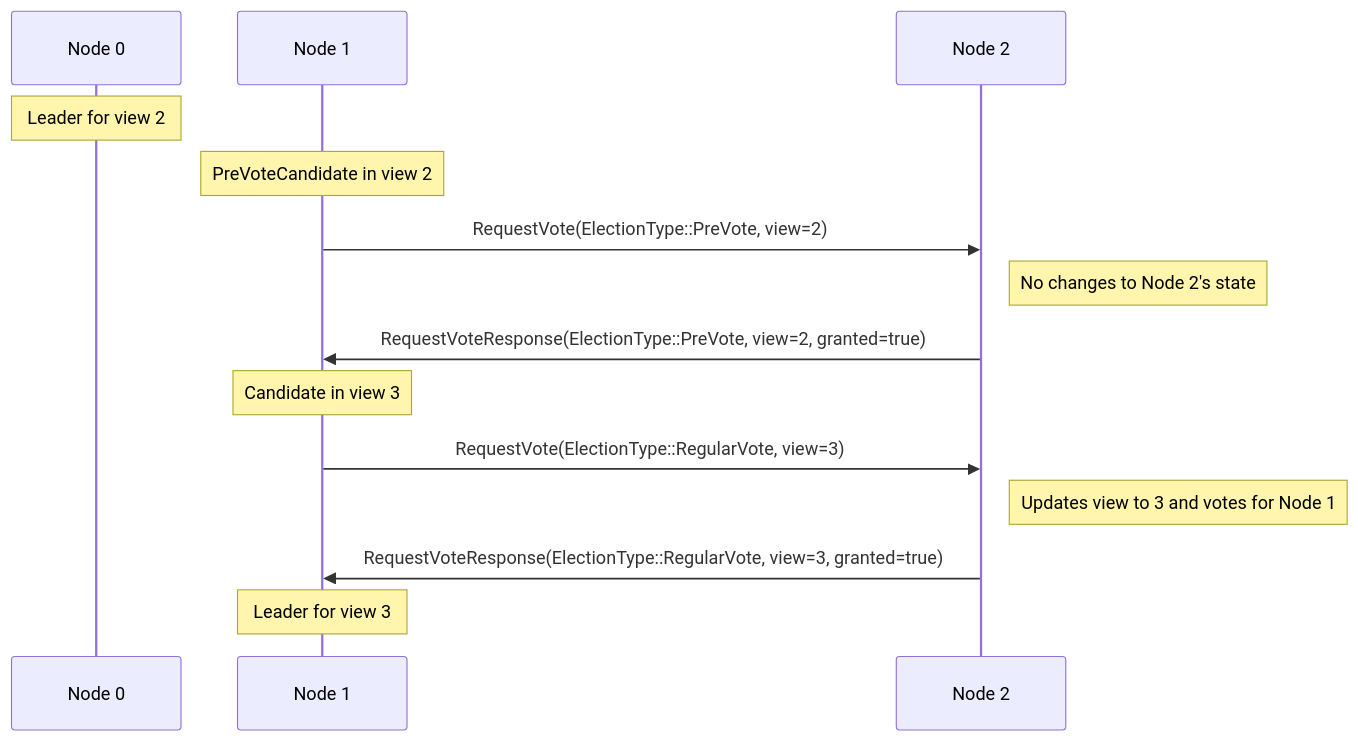
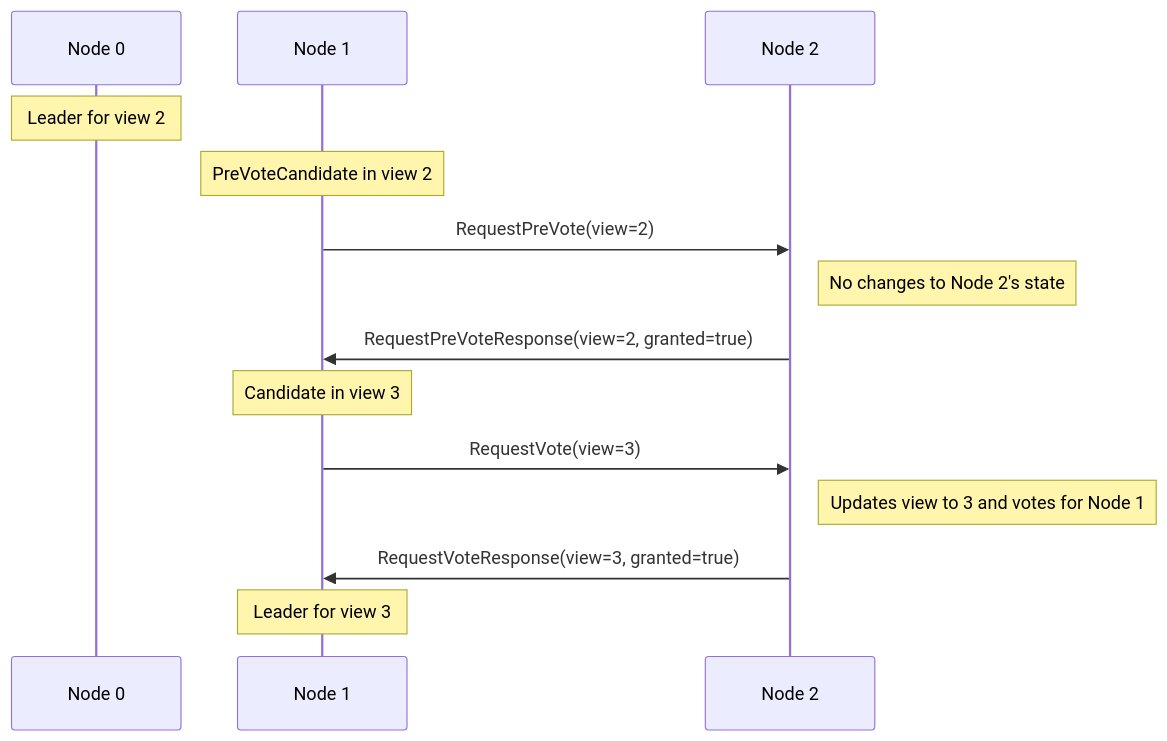
Before and after one commit to cjen1-msft/CCF: the sixth of 7 diagrams in doc/architecture/consensus/index.rst, drawn with Mermaid. The commit also changed other lines of this file and 80 other files, not shown here.

```diff
--- a/doc/architecture/consensus/index.rst
+++ b/doc/architecture/consensus/index.rst
@@ -222,22 +222,22 @@
 .. mermaid::
 
     sequenceDiagram
         participant Node 0
         participant Node 1
         participant Node 2
 
         Note over Node 0: Leader for view 2
 
         Note over Node 1: PreVoteCandidate in view 2
-        Node 1 ->> Node 2: RequestVote(ElectionType::PreVote, view=2)
+        Node 1 ->> Node 2: RequestPreVote(view=2)
 
         Note right of Node 2: No changes to Node 2's state
-        Node 2 ->> Node 1: RequestVoteResponse(ElectionType::PreVote, view=2, granted=true)
+        Node 2 ->> Node 1: RequestPreVoteResponse(view=2, granted=true)
 
         Note over Node 1: Candidate in view 3
-        Node 1 ->> Node 2: RequestVote(ElectionType::RegularVote, view=3)
+        Node 1 ->> Node 2: RequestVote(view=3)
 
         Note right of Node 2: Updates view to 3 and votes for Node 1
-        Node 2 ->> Node 1: RequestVoteResponse(ElectionType::RegularVote, view=3, granted=true)
+        Node 2 ->> Node 1: RequestVoteResponse(view=3, granted=true)
 
         Note over Node 1: Leader for view 3
```
